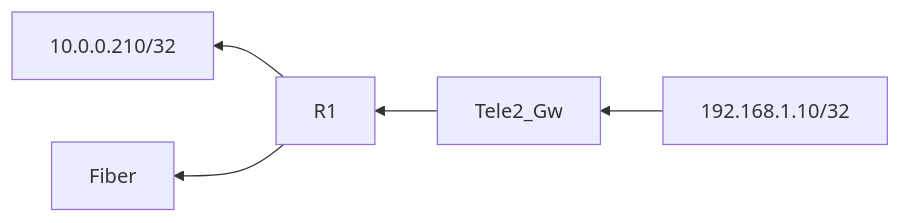
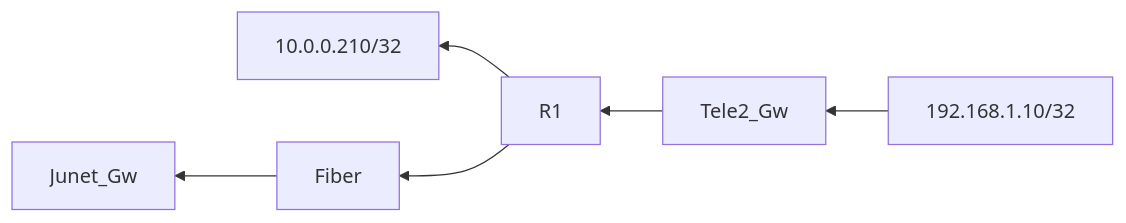
The third of 3 diagrams in Topology.md (notkasim/DOCS), drawn with Mermaid before and after one commit.

````diff
--- a/Topology.md
+++ b/Topology.md
@@ -17,7 +17,8 @@
 ```mermaid
 graph RL;
     192.168.1.10/32-->Tele2_Gw;
     Tele2_Gw-->R1;
     R1-->10.0.0.210/32;
     R1-->Fiber;
+    Fiber-->Junet_Gw;
 ```
````
